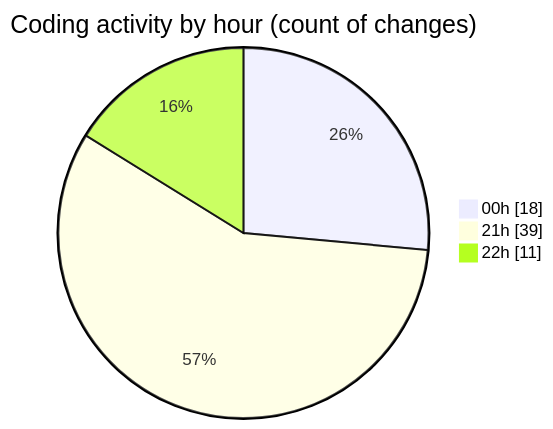
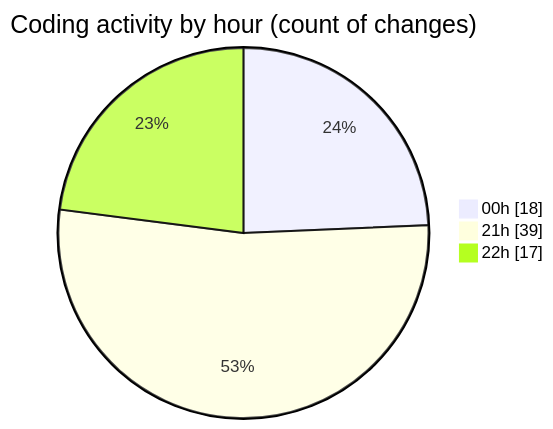
Before and after one commit to Netris89/code-tracking: the second of 2 diagrams in 2025-04-23/echo/README.md, drawn with Mermaid. The commit also changed other lines of this file and 1 other file, not shown here.

````diff
--- a/2025-04-23/echo/README.md
+++ b/2025-04-23/echo/README.md
@@ -30,7 +32,7 @@
 ```mermaid
 pie showData
 title Coding activity by hour (count of changes)
 "00h" : 18
 "21h" : 39
-"22h" : 11
+"22h" : 17
 ```
````
